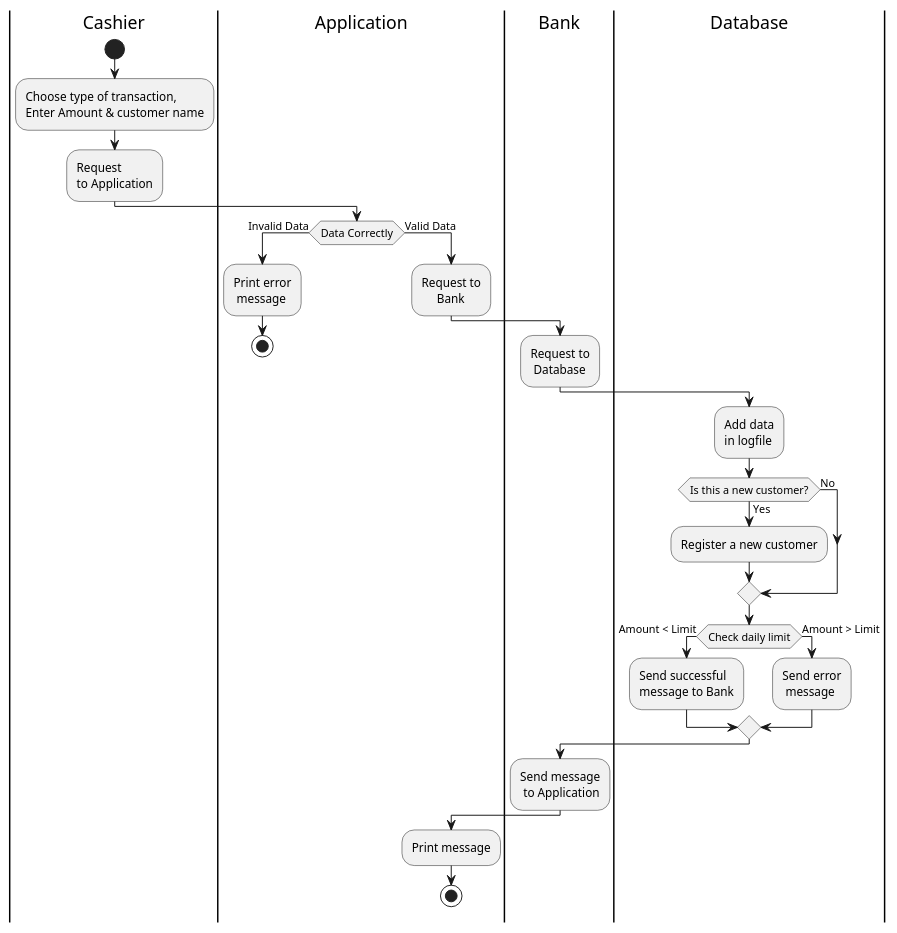
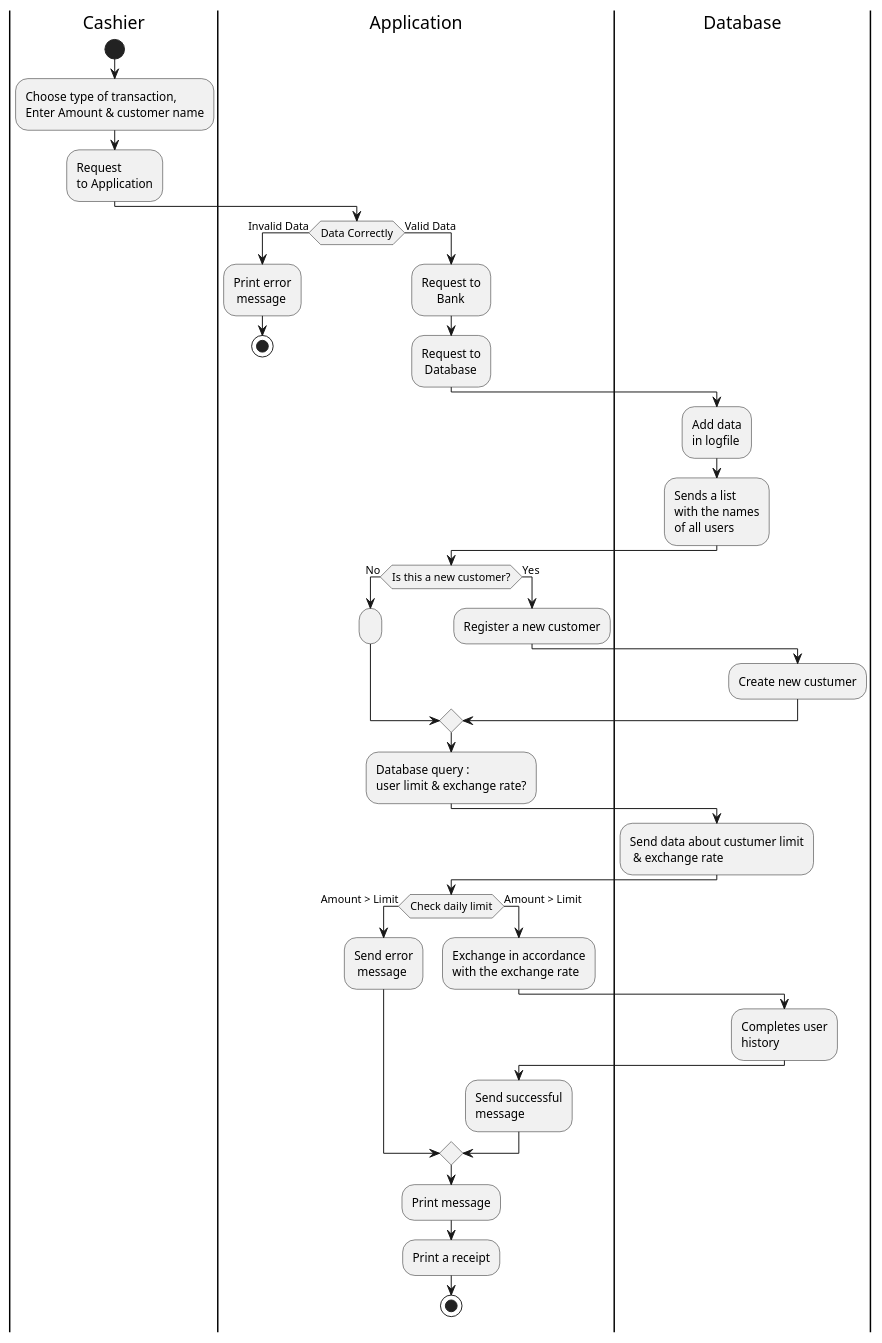
The diagram in ExchangeOfficeApplication/UML/ActivityTransactionDiagram.puml (DanilaKe/ExchangeOfficeApplication), drawn with PlantUML before and after one commit. The commit also changed other lines of this file and 5 other files, not shown here.

Commit message:
Change logic in diagrams.

```diff
--- a/ExchangeOfficeApplication/UML/ActivityTransactionDiagram.puml
+++ b/ExchangeOfficeApplication/UML/ActivityTransactionDiagram.puml
@@ -1,32 +1,43 @@
 @startuml
 |Cashier|
     start
     :Choose type of transaction,
     Enter Amount & customer name;
     :Request\nto Application;
 |Application|
     if (Data Correctly) then (Invalid Data)
       :Print error\n message;
       stop
     else (Valid Data)
       :Request to\n     Bank;
-|Bank|
     :Request to\n Database;
 |Database|
     :Add data\nin logfile;
-    if (Is this a new customer?) then (Yes)
+    :Sends a list\nwith the names\nof all users;
+|Application|
+    if (Is this a new customer?) then (No)
+    :;
+|Application|
+    else (Yes)
       :Register a new customer;
-    else (No)
+|Database|
+      :Create new custumer;     
     endif
-    if (Check daily limit) then (Amount < Limit)
-    :Send successful\nmessage to Bank;
+|Application|
+    :Database query :\nuser limit & exchange rate?;
+|Database|
+    :Send data about custumer limit\n & exchange rate;
+|Application|
+    if (Check daily limit) then (Amount > Limit)
+      :Send error\n message;
     else (Amount > Limit)
-    |Database|
-    :Send error\n message;
+      :Exchange in accordance\nwith the exchange rate;
+|Database|
+      :Completes user\nhistory;
+|Application|
+      :Send successful\nmessage;
     endif
-    |Bank|
-        :Send message\n to Application;
-        |Application|
-        :Print message;
+    :Print message;
+    :Print a receipt;
 stop
 @enduml
```
